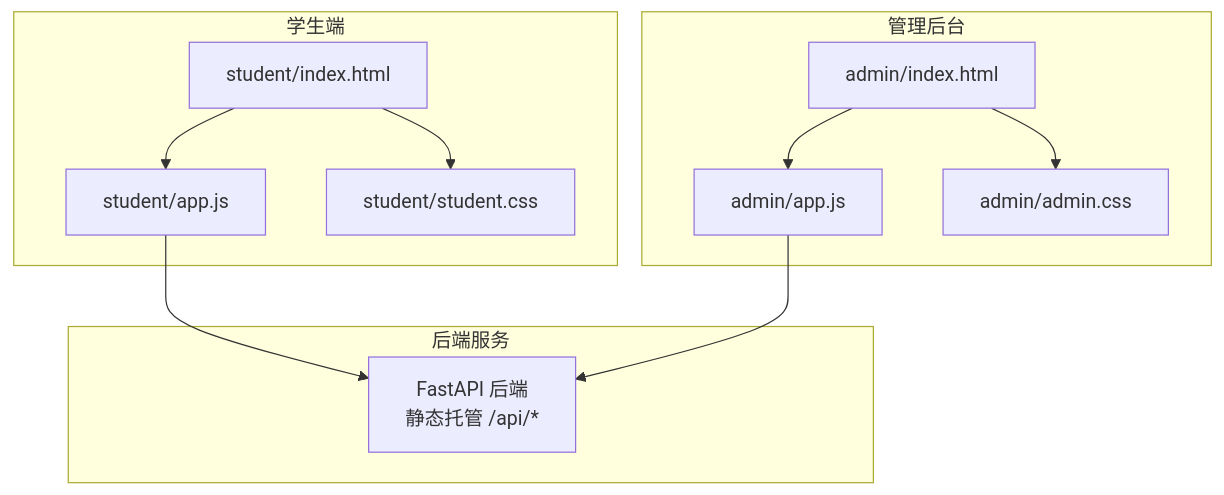
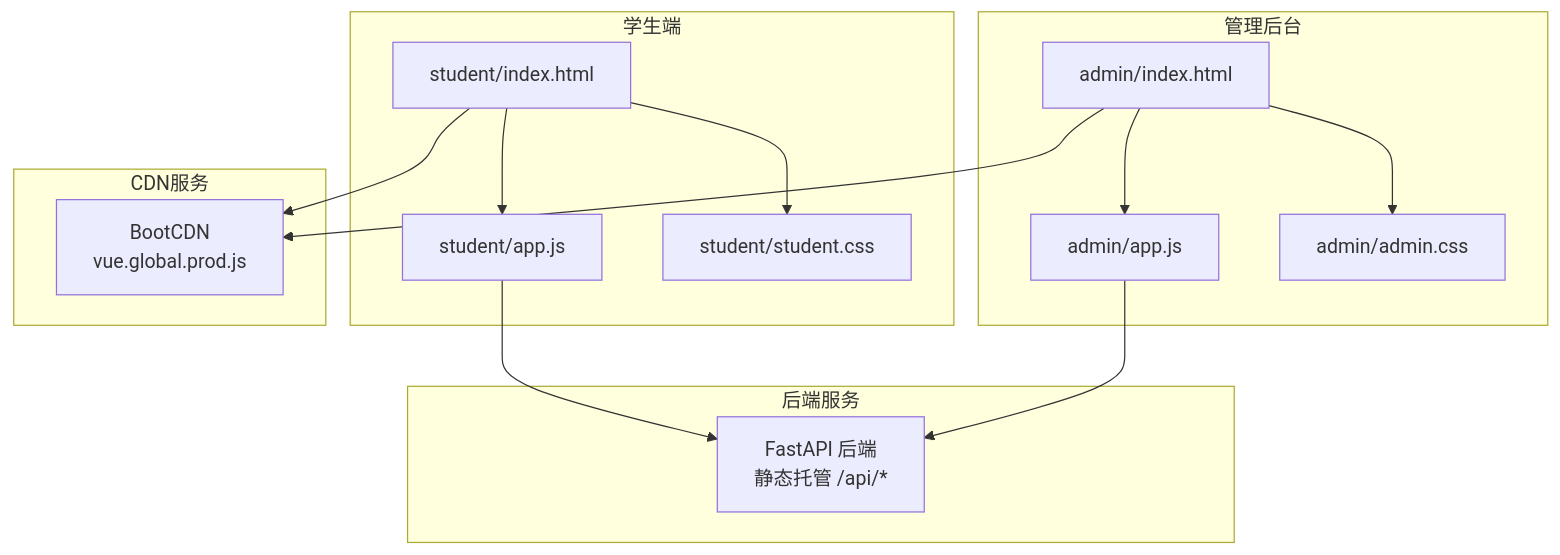
One commit to onebody/homework changed the first of 5 diagrams in .qoder/repowiki/zh/content/项目概述/暑假作业打卡系统介绍/系统架构设计/前端架构设计.md. Above: the diagram before and after it, drawn with Mermaid. The commit also changed other lines of this file and 14 other files, not shown here.

````diff
--- a/.qoder/repowiki/zh/content/项目概述/暑假作业打卡系统介绍/系统架构设计/前端架构设计.md
+++ b/.qoder/repowiki/zh/content/项目概述/暑假作业打卡系统介绍/系统架构设计/前端架构设计.md
@@ -40,22 +48,27 @@
 ```mermaid
 graph TB
 subgraph "学生端"
 S_HTML["student/index.html"]
 S_APP["student/app.js"]
 S_CSS["student/student.css"]
 end
 subgraph "管理后台"
 A_HTML["admin/index.html"]
 A_APP["admin/app.js"]
 A_CSS["admin/admin.css"]
 end
+subgraph "CDN服务"
+BOOTCDN["BootCDN<br/>vue.global.prod.js"]
+end
 subgraph "后端服务"
 BE["FastAPI 后端<br/>静态托管 /api/*"]
 end
 S_HTML --> S_APP
 S_HTML --> S_CSS
+S_HTML --> BOOTCDN
 S_APP --> BE
 A_HTML --> A_APP
 A_HTML --> A_CSS
+A_HTML --> BOOTCDN
 A_APP --> BE
 ```
````
